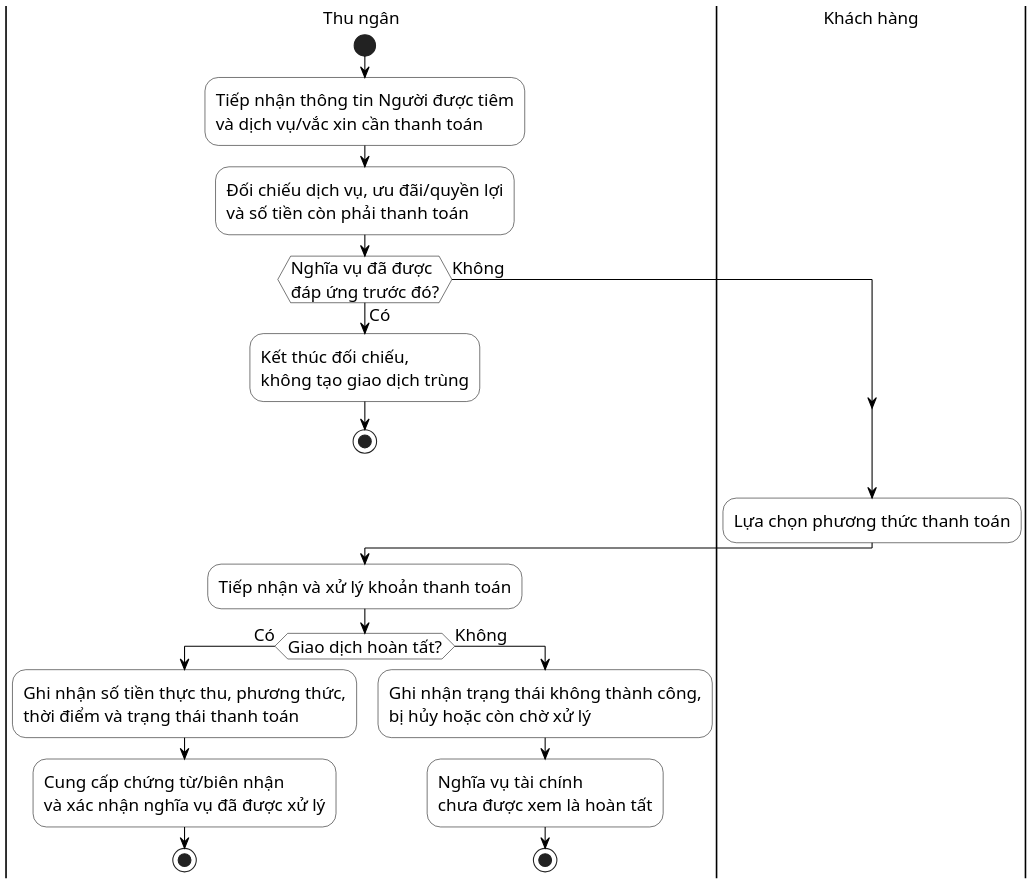
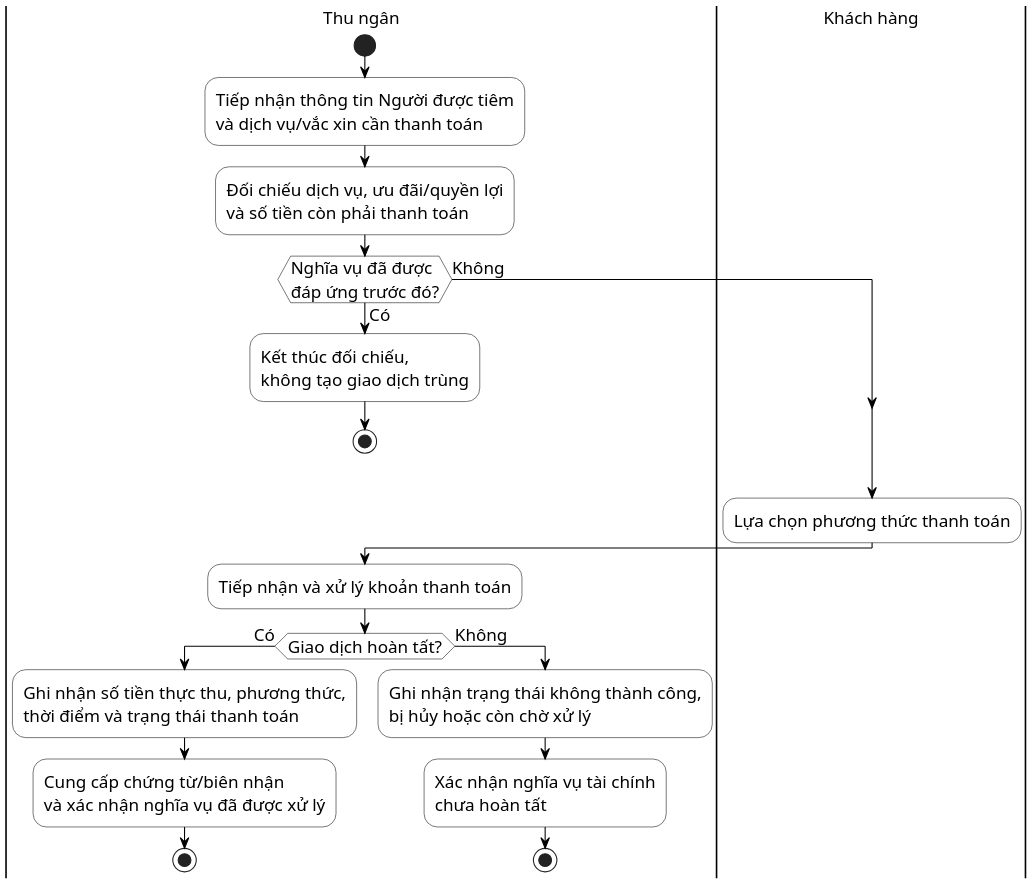
Before and after one commit to datngo1203/KLCN-QuanLyTiemChung: the diagram in docs/thesis/uml/Hinh_2_7_Activity_Thanh_Toan.puml, drawn with PlantUML. The commit also changed 8 other files, not shown here.

Commit message:
docs: normalize business UML print layout

```diff
--- a/docs/thesis/uml/Hinh_2_7_Activity_Thanh_Toan.puml
+++ b/docs/thesis/uml/Hinh_2_7_Activity_Thanh_Toan.puml
@@ -1,40 +1,40 @@
 @startuml
-' HUIT UML Visual Profile v1 - compact print layout
+' HUIT UML Visual Profile v1 - compact-fixed layout
 skinparam monochrome true
 skinparam shadowing false
 skinparam backgroundColor white
 skinparam defaultFontName "Times New Roman"
 skinparam defaultFontSize 16
 skinparam ArrowColor black
 skinparam ActivityBorderColor black
 skinparam ActivityBackgroundColor white
 skinparam PartitionBorderColor black
 skinparam PartitionBackgroundColor white
 skinparam dpi 180
 
 |Thu ngân|
 start
 :Tiếp nhận thông tin Người được tiêm\nvà dịch vụ/vắc xin cần thanh toán;
 :Đối chiếu dịch vụ, ưu đãi/quyền lợi\nvà số tiền còn phải thanh toán;
 
 if (Nghĩa vụ đã được\nđáp ứng trước đó?) then (Có)
   :Kết thúc đối chiếu,\nkhông tạo giao dịch trùng;
   stop
 else (Không)
 endif
 
 |Khách hàng|
 :Lựa chọn phương thức thanh toán;
 
 |Thu ngân|
 :Tiếp nhận và xử lý khoản thanh toán;
 if (Giao dịch hoàn tất?) then (Có)
   :Ghi nhận số tiền thực thu, phương thức,\nthời điểm và trạng thái thanh toán;
   :Cung cấp chứng từ/biên nhận\nvà xác nhận nghĩa vụ đã được xử lý;
   stop
 else (Không)
   :Ghi nhận trạng thái không thành công,\nbị hủy hoặc còn chờ xử lý;
-  :Nghĩa vụ tài chính\nchưa được xem là hoàn tất;
+  :Xác nhận nghĩa vụ tài chính\nchưa hoàn tất;
   stop
 endif
 @enduml
```
